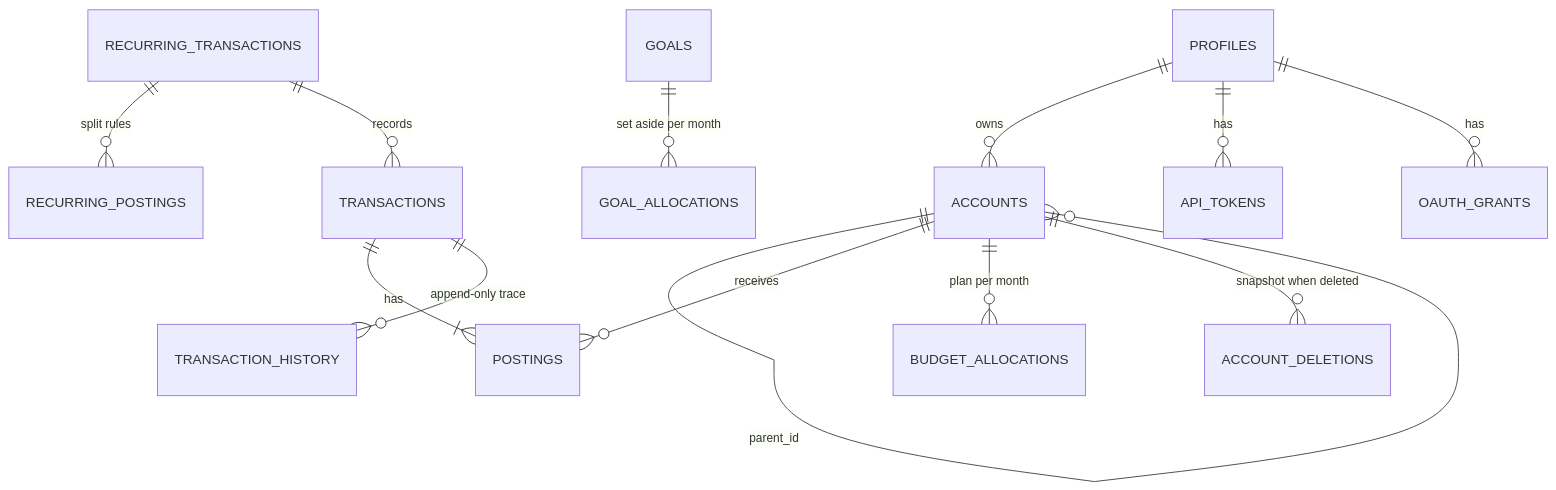
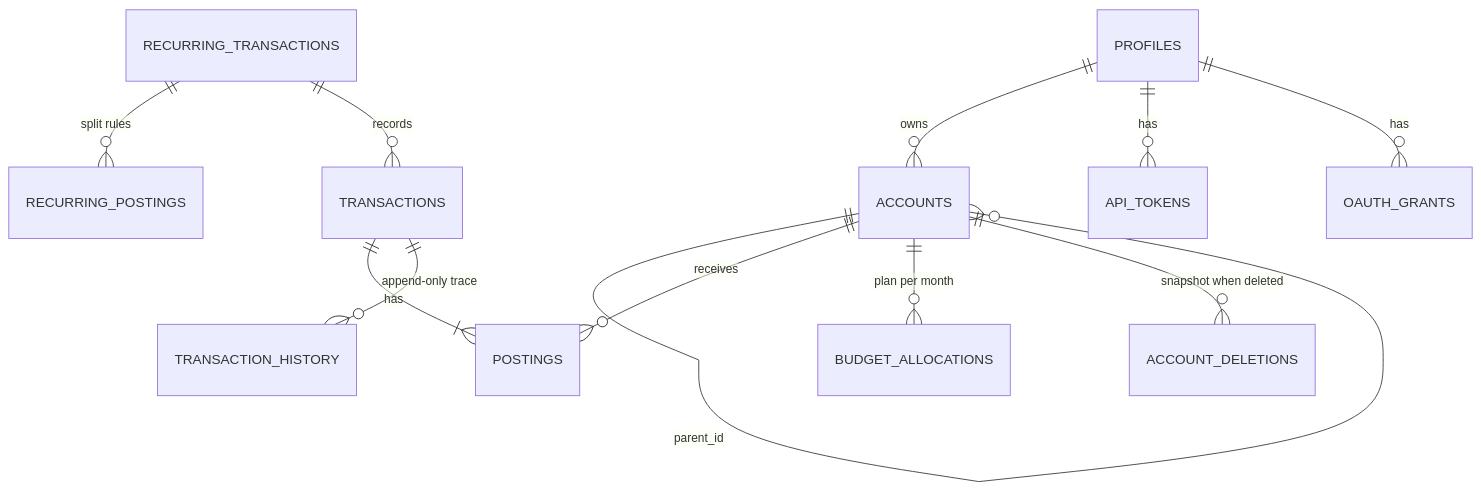
The first of 2 diagrams in docs/architecture/data-and-ops.md (bijeshmohan/finode), drawn with Mermaid before and after one commit. The commit also changed other lines of this file and 49 other files, not shown here.

````diff
--- a/docs/architecture/data-and-ops.md
+++ b/docs/architecture/data-and-ops.md
@@ -7,15 +7,14 @@
 ```mermaid
 erDiagram
     PROFILES ||--o{ ACCOUNTS : owns
     ACCOUNTS ||--o{ ACCOUNTS : "parent_id"
     ACCOUNTS ||--o{ POSTINGS : receives
     TRANSACTIONS ||--|{ POSTINGS : has
     TRANSACTIONS ||--o{ TRANSACTION_HISTORY : "append-only trace"
     ACCOUNTS ||--o{ BUDGET_ALLOCATIONS : "plan per month"
-    GOALS ||--o{ GOAL_ALLOCATIONS : "set aside per month"
     RECURRING_TRANSACTIONS ||--o{ RECURRING_POSTINGS : "split rules"
     RECURRING_TRANSACTIONS ||--o{ TRANSACTIONS : "records"
     ACCOUNTS ||--o{ ACCOUNT_DELETIONS : "snapshot when deleted"
     PROFILES ||--o{ API_TOKENS : has
     PROFILES ||--o{ OAUTH_GRANTS : has
 ```
````
